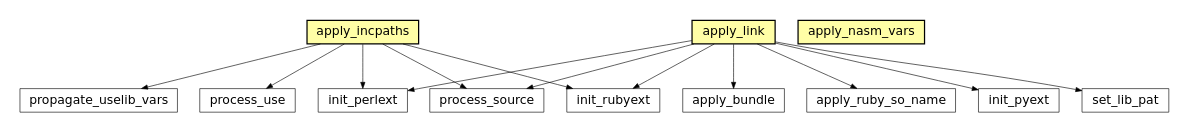
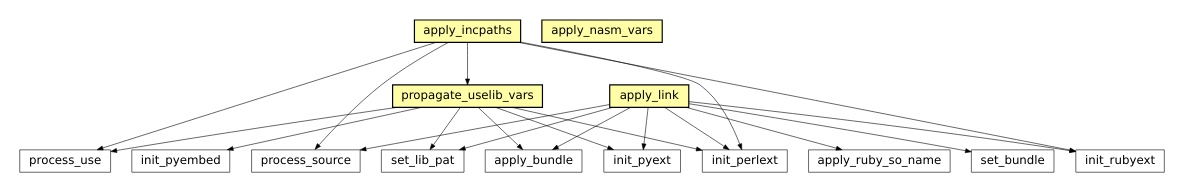
One commit to electronicvisions/waf changed the second of 45 diagrams in docs/sphinx/featuremap.rst. Above: the diagram before and after it, drawn with Graphviz. The commit also changed other lines of this file and 3 other files, not shown here.

```diff
--- a/docs/sphinx/featuremap.rst
+++ b/docs/sphinx/featuremap.rst
@@ -45,29 +54,38 @@
 .. graphviz::
 
 	digraph feature_asm {
-	size="8.0, 12.0";
-		"process_use" [style="setlinewidth(0.5)",URL="tools/ccroot.html#waflib.Tools.ccroot.process_use",fontname="Vera Sans, DejaVu Sans, Liberation Sans, Arial, Helvetica, sans",height=0.25,shape=box,fontsize=10];
-	"apply_nasm_vars" [style="setlinewidth(0.5)",URL="tools/nasm.html#waflib.Tools.nasm.apply_nasm_vars",fontname="Vera Sans, DejaVu Sans, Liberation Sans, Arial, Helvetica, sans",height=0.25,shape=box,fontsize=10,fillcolor="#fffea6",style=filled];
-	"init_perlext" [style="setlinewidth(0.5)",URL="tools/perl.html#waflib.Tools.perl.init_perlext",fontname="Vera Sans, DejaVu Sans, Liberation Sans, Arial, Helvetica, sans",height=0.25,shape=box,fontsize=10];
-	"apply_ruby_so_name" [style="setlinewidth(0.5)",URL="tools/ruby.html#waflib.Tools.ruby.apply_ruby_so_name",fontname="Vera Sans, DejaVu Sans, Liberation Sans, Arial, Helvetica, sans",height=0.25,shape=box,fontsize=10];
-	"process_source" [style="setlinewidth(0.5)",URL="TaskGen.html#waflib.TaskGen.process_source",fontname="Vera Sans, DejaVu Sans, Liberation Sans, Arial, Helvetica, sans",height=0.25,shape=box,fontsize=10];
-	"apply_incpaths" [style="setlinewidth(0.5)",URL="tools/ccroot.html#waflib.Tools.ccroot.apply_incpaths",fontname="Vera Sans, DejaVu Sans, Liberation Sans, Arial, Helvetica, sans",height=0.25,shape=box,fontsize=10,fillcolor="#fffea6",style=filled];
-	"apply_link" [style="setlinewidth(0.5)",URL="tools/ccroot.html#waflib.Tools.ccroot.apply_link",fontname="Vera Sans, DejaVu Sans, Liberation Sans, Arial, Helvetica, sans",height=0.25,shape=box,fontsize=10,fillcolor="#fffea6",style=filled];
-	"init_pyext" [style="setlinewidth(0.5)",URL="tools/python.html#waflib.Tools.python.init_pyext",fontname="Vera Sans, DejaVu Sans, Liberation Sans, Arial, Helvetica, sans",height=0.25,shape=box,fontsize=10];
-	"init_rubyext" [style="setlinewidth(0.5)",URL="tools/ruby.html#waflib.Tools.ruby.init_rubyext",fontname="Vera Sans, DejaVu Sans, Liberation Sans, Arial, Helvetica, sans",height=0.25,shape=box,fontsize=10];
-	"set_lib_pat" [style="setlinewidth(0.5)",URL="tools/fc_config.html#waflib.Tools.fc_config.set_lib_pat",fontname="Vera Sans, DejaVu Sans, Liberation Sans, Arial, Helvetica, sans",height=0.25,shape=box,fontsize=10];
-	"propagate_uselib_vars" [style="setlinewidth(0.5)",URL="tools/ccroot.html#waflib.Tools.ccroot.propagate_uselib_vars",fontname="Vera Sans, DejaVu Sans, Liberation Sans, Arial, Helvetica, sans",height=0.25,shape=box,fontsize=10];
-	"apply_bundle" [style="setlinewidth(0.5)",URL="tools/c_osx.html#waflib.Tools.c_osx.apply_bundle",fontname="Vera Sans, DejaVu Sans, Liberation Sans, Arial, Helvetica, sans",height=0.25,shape=box,fontsize=10];
-	"apply_incpaths" -> "propagate_uselib_vars" [arrowsize=0.5,style="setlinewidth(0.5)"];
-	"apply_incpaths" -> "process_source" [arrowsize=0.5,style="setlinewidth(0.5)"];
-	"apply_incpaths" -> "process_use" [arrowsize=0.5,style="setlinewidth(0.5)"];
-	"apply_incpaths" -> "init_rubyext" [arrowsize=0.5,style="setlinewidth(0.5)"];
-	"apply_incpaths" -> "init_perlext" [arrowsize=0.5,style="setlinewidth(0.5)"];
-	"apply_link" -> "apply_bundle" [arrowsize=0.5,style="setlinewidth(0.5)"];
-	"apply_link" -> "process_source" [arrowsize=0.5,style="setlinewidth(0.5)"];
-	"apply_link" -> "set_lib_pat" [arrowsize=0.5,style="setlinewidth(0.5)"];
-	"apply_link" -> "init_rubyext" [arrowsize=0.5,style="setlinewidth(0.5)"];
-	"apply_link" -> "apply_ruby_so_name" [arrowsize=0.5,style="setlinewidth(0.5)"];
-	"apply_link" -> "init_pyext" [arrowsize=0.5,style="setlinewidth(0.5)"];
-	"apply_link" -> "init_perlext" [arrowsize=0.5,style="setlinewidth(0.5)"];
+		size="8.0, 12.0";
+		process_use [style="setlinewidth(0.5)",URL="tools/ccroot.html#waflib.Tools.ccroot.process_use",target="_top",fontname="Vera Sans, DejaVu Sans, Liberation Sans, Arial, Helvetica, sans",height=0.25,shape="rectangle",fontsize=10];
+		apply_nasm_vars [style="setlinewidth(0.5)",URL="tools/nasm.html#waflib.Tools.nasm.apply_nasm_vars",target="_top",fontname="Vera Sans, DejaVu Sans, Liberation Sans, Arial, Helvetica, sans",height=0.25,shape="rectangle",fontsize=10,fillcolor="#fffea6",style=filled];
+		init_perlext [style="setlinewidth(0.5)",URL="tools/perl.html#waflib.Tools.perl.init_perlext",target="_top",fontname="Vera Sans, DejaVu Sans, Liberation Sans, Arial, Helvetica, sans",height=0.25,shape="rectangle",fontsize=10];
+		apply_ruby_so_name [style="setlinewidth(0.5)",URL="tools/ruby.html#waflib.Tools.ruby.apply_ruby_so_name",target="_top",fontname="Vera Sans, DejaVu Sans, Liberation Sans, Arial, Helvetica, sans",height=0.25,shape="rectangle",fontsize=10];
+		process_source [style="setlinewidth(0.5)",URL="TaskGen.html#waflib.TaskGen.process_source",target="_top",fontname="Vera Sans, DejaVu Sans, Liberation Sans, Arial, Helvetica, sans",height=0.25,shape="rectangle",fontsize=10];
+		apply_incpaths [style="setlinewidth(0.5)",URL="tools/ccroot.html#waflib.Tools.ccroot.apply_incpaths",target="_top",fontname="Vera Sans, DejaVu Sans, Liberation Sans, Arial, Helvetica, sans",height=0.25,shape="rectangle",fontsize=10,fillcolor="#fffea6",style=filled];
+		apply_link [style="setlinewidth(0.5)",URL="tools/ccroot.html#waflib.Tools.ccroot.apply_link",target="_top",fontname="Vera Sans, DejaVu Sans, Liberation Sans, Arial, Helvetica, sans",height=0.25,shape="rectangle",fontsize=10,fillcolor="#fffea6",style=filled];
+		init_pyext [style="setlinewidth(0.5)",URL="tools/python.html#waflib.Tools.python.init_pyext",target="_top",fontname="Vera Sans, DejaVu Sans, Liberation Sans, Arial, Helvetica, sans",height=0.25,shape="rectangle",fontsize=10];
+		init_rubyext [style="setlinewidth(0.5)",URL="tools/ruby.html#waflib.Tools.ruby.init_rubyext",target="_top",fontname="Vera Sans, DejaVu Sans, Liberation Sans, Arial, Helvetica, sans",height=0.25,shape="rectangle",fontsize=10];
+		set_bundle [style="setlinewidth(0.5)",URL="tools/python.html#waflib.Tools.python.set_bundle",target="_top",fontname="Vera Sans, DejaVu Sans, Liberation Sans, Arial, Helvetica, sans",height=0.25,shape="rectangle",fontsize=10];
+		set_lib_pat [style="setlinewidth(0.5)",URL="tools/fc_config.html#waflib.Tools.fc_config.set_lib_pat",target="_top",fontname="Vera Sans, DejaVu Sans, Liberation Sans, Arial, Helvetica, sans",height=0.25,shape="rectangle",fontsize=10];
+		propagate_uselib_vars [style="setlinewidth(0.5)",URL="tools/ccroot.html#waflib.Tools.ccroot.propagate_uselib_vars",target="_top",fontname="Vera Sans, DejaVu Sans, Liberation Sans, Arial, Helvetica, sans",height=0.25,shape="rectangle",fontsize=10,fillcolor="#fffea6",style=filled];
+		init_pyembed [style="setlinewidth(0.5)",URL="tools/python.html#waflib.Tools.python.init_pyembed",target="_top",fontname="Vera Sans, DejaVu Sans, Liberation Sans, Arial, Helvetica, sans",height=0.25,shape="rectangle",fontsize=10];
+		apply_bundle [style="setlinewidth(0.5)",URL="tools/c_osx.html#waflib.Tools.c_osx.apply_bundle",target="_top",fontname="Vera Sans, DejaVu Sans, Liberation Sans, Arial, Helvetica, sans",height=0.25,shape="rectangle",fontsize=10];
+		"apply_incpaths" -> "propagate_uselib_vars" [arrowsize=0.5,style="setlinewidth(0.5)"];
+		"apply_incpaths" -> "process_source" [arrowsize=0.5,style="setlinewidth(0.5)"];
+		"apply_incpaths" -> "process_use" [arrowsize=0.5,style="setlinewidth(0.5)"];
+		"apply_incpaths" -> "init_rubyext" [arrowsize=0.5,style="setlinewidth(0.5)"];
+		"apply_incpaths" -> "init_perlext" [arrowsize=0.5,style="setlinewidth(0.5)"];
+		"propagate_uselib_vars" -> "apply_bundle" [arrowsize=0.5,style="setlinewidth(0.5)"];
+		"propagate_uselib_vars" -> "process_use" [arrowsize=0.5,style="setlinewidth(0.5)"];
+		"propagate_uselib_vars" -> "set_lib_pat" [arrowsize=0.5,style="setlinewidth(0.5)"];
+		"propagate_uselib_vars" -> "init_perlext" [arrowsize=0.5,style="setlinewidth(0.5)"];
+		"propagate_uselib_vars" -> "init_pyext" [arrowsize=0.5,style="setlinewidth(0.5)"];
+		"propagate_uselib_vars" -> "init_pyembed" [arrowsize=0.5,style="setlinewidth(0.5)"];
+		"apply_link" -> "apply_bundle" [arrowsize=0.5,style="setlinewidth(0.5)"];
+		"apply_link" -> "process_source" [arrowsize=0.5,style="setlinewidth(0.5)"];
+		"apply_link" -> "set_lib_pat" [arrowsize=0.5,style="setlinewidth(0.5)"];
+		"apply_link" -> "init_rubyext" [arrowsize=0.5,style="setlinewidth(0.5)"];
+		"apply_link" -> "apply_ruby_so_name" [arrowsize=0.5,style="setlinewidth(0.5)"];
+		"apply_link" -> "init_perlext" [arrowsize=0.5,style="setlinewidth(0.5)"];
+		"apply_link" -> "init_pyext" [arrowsize=0.5,style="setlinewidth(0.5)"];
+		"apply_link" -> "set_bundle" [arrowsize=0.5,style="setlinewidth(0.5)"];
 	}
```
